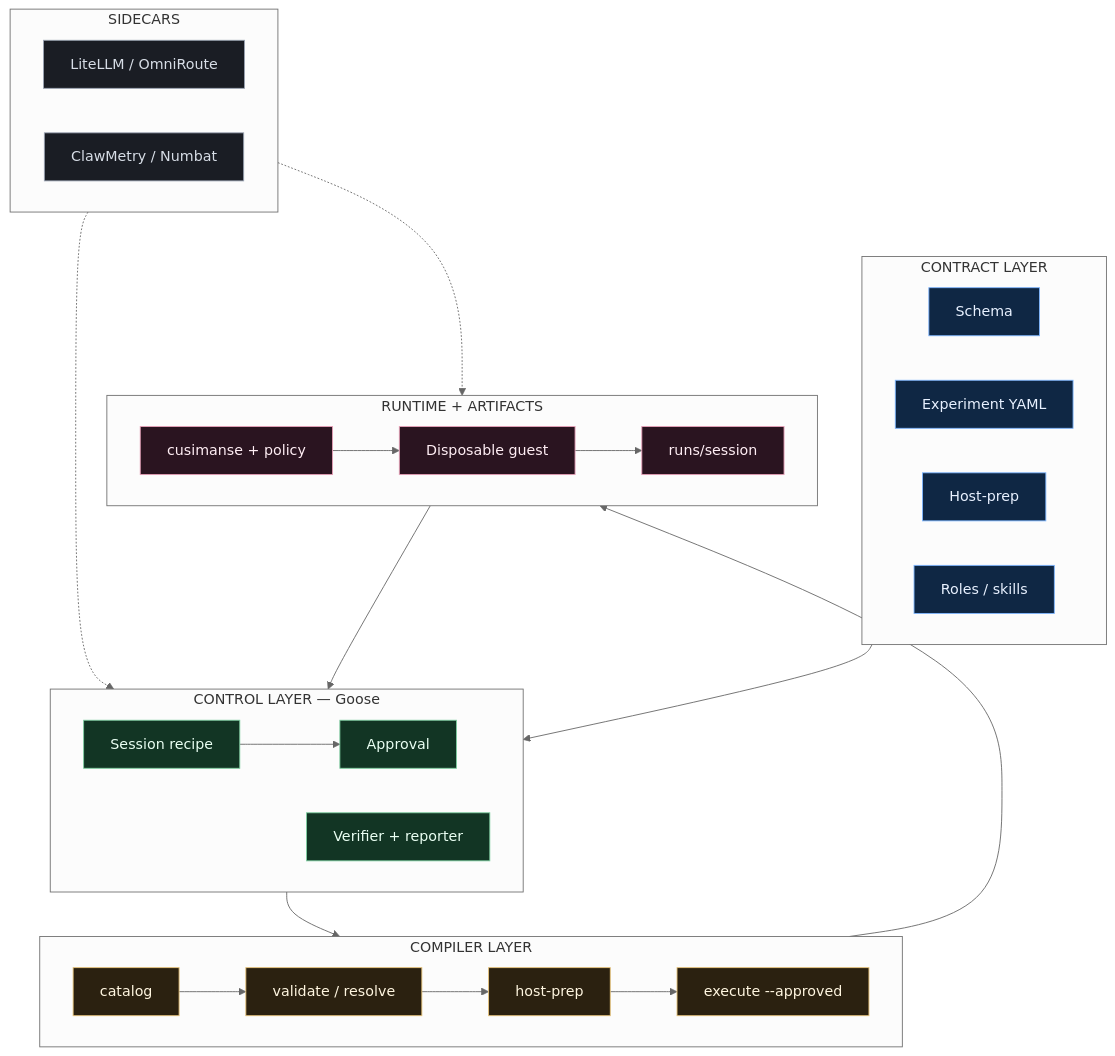
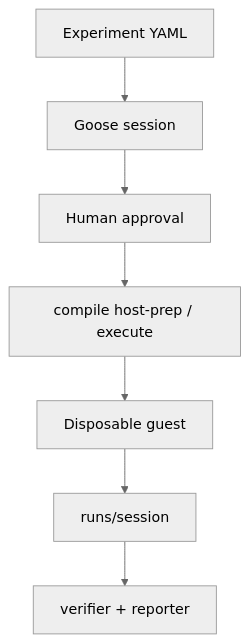
Before and after one commit to Opposum0112/Cusimanse: the diagram in README.md, drawn with Mermaid (neutral theme). The commit also changed other lines of this file and 2 other files, not shown here.

Commit message:
docs+skills: shell vs Goose bootstrap; move specialist skills out of .agents

````diff
--- a/README.md
+++ b/README.md
@@ -54,47 +44,9 @@
 ```mermaid
 flowchart TB
-  classDef contract fill:#0f2744,stroke:#7eb6ff,color:#e8f1ff
-  classDef control fill:#123524,stroke:#7dcea0,color:#eafff3
-  classDef compile fill:#2b2110,stroke:#e8c47a,color:#fff6e0
-  classDef runtime fill:#2a1420,stroke:#e8a0b8,color:#ffeef4
-  classDef side fill:#1a1d24,stroke:#9aa3b2,color:#d7dde6
-  subgraph CONTRACT["CONTRACT LAYER"]
-    direction LR
-    S[Schema]
-    E[Experiment YAML]
-    H[Host-prep]
-    R[Roles / skills]
-  end
-  subgraph CONTROL["CONTROL LAYER — Goose"]
-    direction LR
-    G[Session recipe]
-    AP[Approval]
-    VR[Verifier + reporter]
-  end
-  subgraph COMPILE["COMPILER LAYER"]
-    direction LR
-    CA[catalog]
-    VA[validate / resolve]
-    HP[host-prep]
-    EX[execute --approved]
-  end
-  subgraph RUNTIME["RUNTIME + ARTIFACTS"]
-    direction LR
-    EN[cusimanse + policy]
-    VM[Disposable guest]
-    EV[runs/session]
-  end
-  subgraph SIDE["SIDECARS"]
-    direction LR
-    GW[LiteLLM / OmniRoute]
-    OB[ClawMetry / Numbat]
-  end
-  E --> G --> AP --> CA --> VA --> HP --> EX --> EN --> VM --> EV --> VR
-  GW -.-> G
-  OB -.-> EV
-  class S,E,H,R contract
-  class G,AP,VR control
-  class CA,VA,HP,EX compile
-  class EN,VM,EV runtime
-  class GW,OB side
+  E[Experiment YAML] --> G[Goose session]
+  G --> AP[Human approval]
+  AP --> C[compile host-prep / execute]
+  C --> VM[Disposable guest]
+  VM --> R[runs/session]
+  R --> VR[verifier + reporter]
 ```
````
